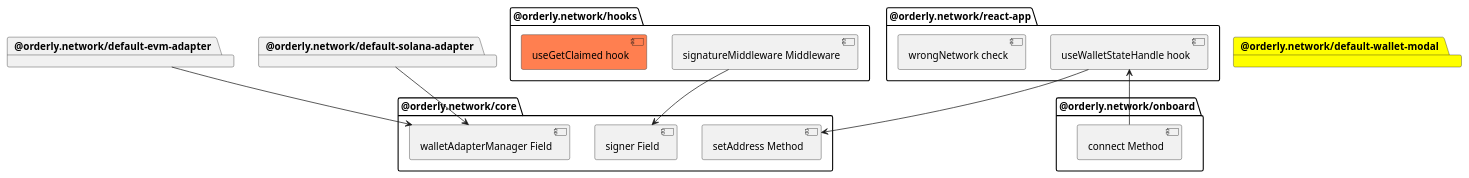
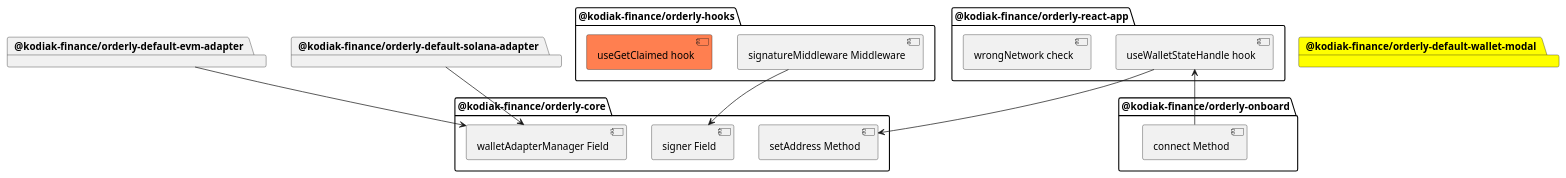
The diagram in packages/core/diagram/component.puml (OrderlyNetwork/js-sdk), drawn with PlantUML before and after one commit. The commit also changed 1240 other files, not shown here.

```diff
--- a/packages/core/diagram/component.puml
+++ b/packages/core/diagram/component.puml
@@ -1,44 +1,44 @@
 @startuml
 'https://plantuml.com/component-diagram
 
 
-package "@orderly.network/core" {
+package "@kodiak-finance/orderly-core" {
 [setAddress Method]
 [walletAdapterManager Field]
 [signer Field]
 }
 
-package "@orderly.network/onboard"{
+package "@kodiak-finance/orderly-onboard"{
 [connect Method]
 }
 
-package "@orderly.network/hooks"{
+package "@kodiak-finance/orderly-hooks"{
 [signatureMiddleware Middleware]
 [useGetClaimed hook] #Coral
 }
 
-package "@orderly.network/react-app"{
+package "@kodiak-finance/orderly-react-app"{
 [useWalletStateHandle hook]
 [wrongNetwork check]
 }
 
-package "@orderly.network/default-evm-adapter"{
+package "@kodiak-finance/orderly-default-evm-adapter"{
 }
 
-package "@orderly.network/default-solana-adapter"{
+package "@kodiak-finance/orderly-default-solana-adapter"{
 }
 
-package "@orderly.network/default-wallet-modal" #Yellow {
+package "@kodiak-finance/orderly-default-wallet-modal" #Yellow {
 
 
 }
 
 
 
 [useWalletStateHandle hook] --> [setAddress Method]
 [useWalletStateHandle hook] <-- [connect Method]
 [signatureMiddleware Middleware] --> [signer Field]
-"@orderly.network/default-evm-adapter" --> [walletAdapterManager Field]
-"@orderly.network/default-solana-adapter" --> [walletAdapterManager Field]
+"@kodiak-finance/orderly-default-evm-adapter" --> [walletAdapterManager Field]
+"@kodiak-finance/orderly-default-solana-adapter" --> [walletAdapterManager Field]
 
 @enduml
```
